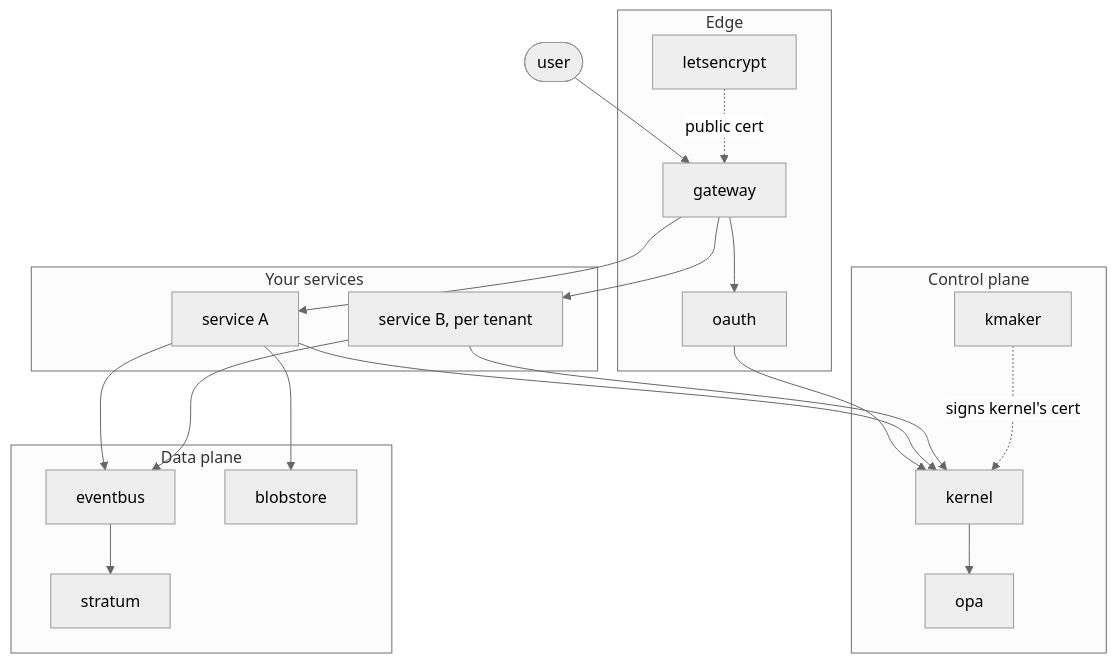
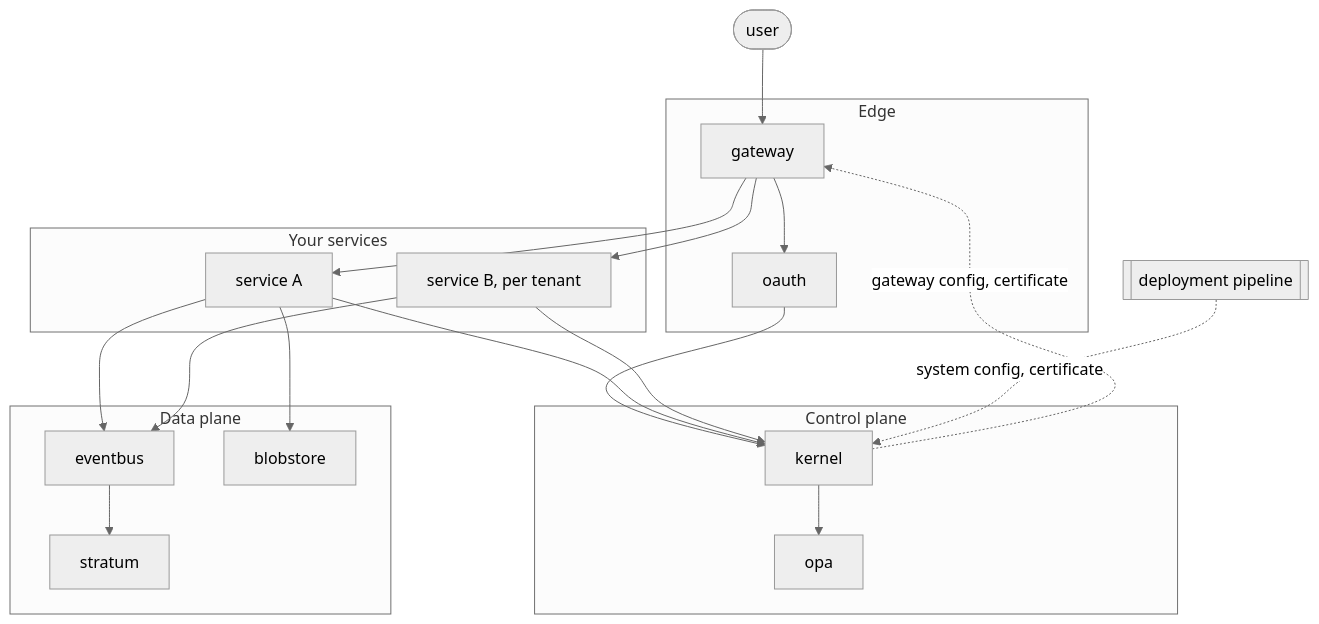
Before and after one commit to tacplus-dev/website: the diagram in docs/how.md, drawn with Mermaid (neutral theme). The commit also changed other lines of this file and 4 other files, not shown here.

First line of the commit message:
docs: drop kmaker and in-fleet letsencrypt; say config and cert come from the pipeline (#5)

````diff
--- a/docs/how.md
+++ b/docs/how.md
@@ -13,36 +13,34 @@
 ```mermaid
 flowchart TB
   subgraph edge [Edge]
     gw[gateway]
-    le[letsencrypt]
     oauth[oauth]
   end
   subgraph control [Control plane]
     kernel[kernel]
     opa[opa]
-    kmaker[kmaker]
   end
   subgraph data [Data plane]
     bus[eventbus]
     stratum[stratum]
     blob[blobstore]
   end
   subgraph yours [Your services]
     a[service A]
     b[service B, per tenant]
   end
   user([user]) --> gw
   gw --> a
   gw --> b
   gw --> oauth
   oauth --> kernel
   kernel --> opa
   a --> kernel
   b --> kernel
   a --> bus
   b --> bus
   bus --> stratum
   a --> blob
-  kmaker -. signs kernel's cert .-> kernel
-  le -. public cert .-> gw
+  pipe[[deployment pipeline]] -. system config, certificate .-> kernel
+  kernel -. gateway config, certificate .-> gw
 ```
````
